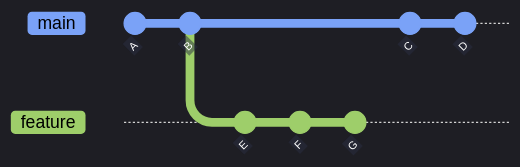
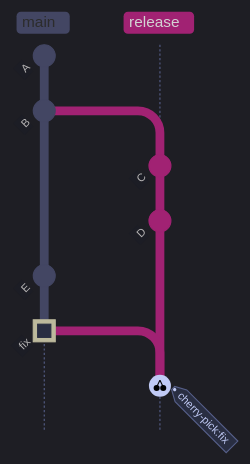
One commit to alp78/elysium changed the eighth of 8 diagrams in content/08-Git/13-git-problems.md. Above: the diagram before and after it, drawn with Mermaid. The commit also changed other lines of this file and 13 other files, not shown here.

````diff
--- a/content/08-Git/13-git-problems.md
+++ b/content/08-Git/13-git-problems.md
@@ -1161,22 +1276,25 @@
 ```mermaid
 %%{init: {'theme': 'dark', 'themeVariables': {
-  'git0': '#7aa2f7', 'git1': '#9ece6a', 'git2': '#e0af68', 'git3': '#f7768e',
-  'git4': '#bb9af7', 'git5': '#7dcfff', 'git6': '#73daca', 'git7': '#ff9e64',
-  'gitBranchLabel0': '#000000', 'gitBranchLabel1': '#000000',
-  'gitBranchLabel2': '#000000', 'gitBranchLabel3': '#000000',
-  'gitBranchLabel4': '#000000', 'gitBranchLabel5': '#000000',
-  'gitBranchLabel6': '#000000', 'gitBranchLabel7': '#000000',
-  'commitLabelColor': '#ffffff', 'commitLabelBackground': '#292e42',
-  'tagLabelColor': '#c0caf5', 'tagLabelBackground': '#292e42', 'tagLabelBorder': '#565f89'
-}}}%%
-gitGraph
+  'primaryColor': '#292e42',
+  'primaryTextColor': '#c0caf5',
+  'primaryBorderColor': '#565f89',
+  'lineColor': '#565f89',
+  'secondaryColor': '#1a1b26',
+  'tertiaryColor': '#24283b',
+  'noteTextColor': '#c0caf5',
+  'noteBkgColor': '#292e42',
+  'textColor': '#c0caf5',
+  'fontSize': '14px'
+}, 'gitGraph': {'mainBranchName': 'main'}}}%%
+gitGraph TB:
   commit id: "A"
   commit id: "B"
-  branch feature
-  commit id: "E"
-  commit id: "F"
-  commit id: "G"
-  checkout main
+  branch release
   commit id: "C"
   commit id: "D"
+  checkout main
+  commit id: "E"
+  commit id: "fix" type: HIGHLIGHT
+  checkout release
+  cherry-pick id: "fix"
 ```
````
